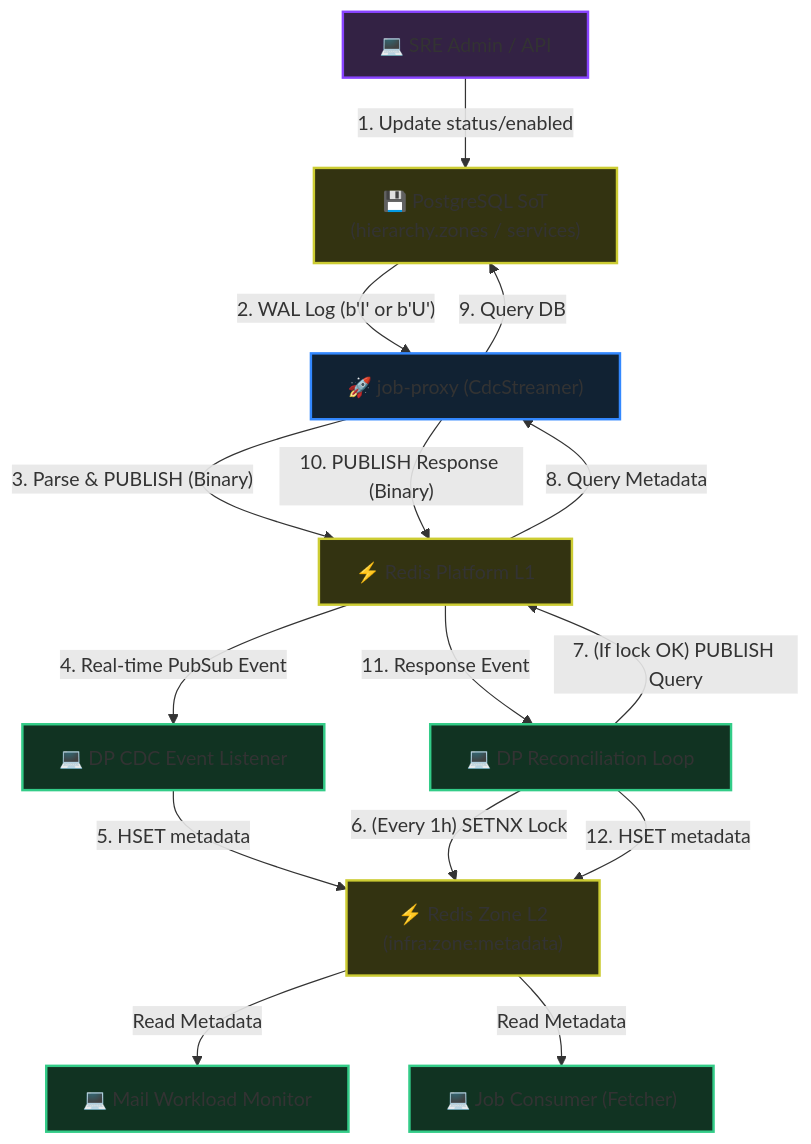
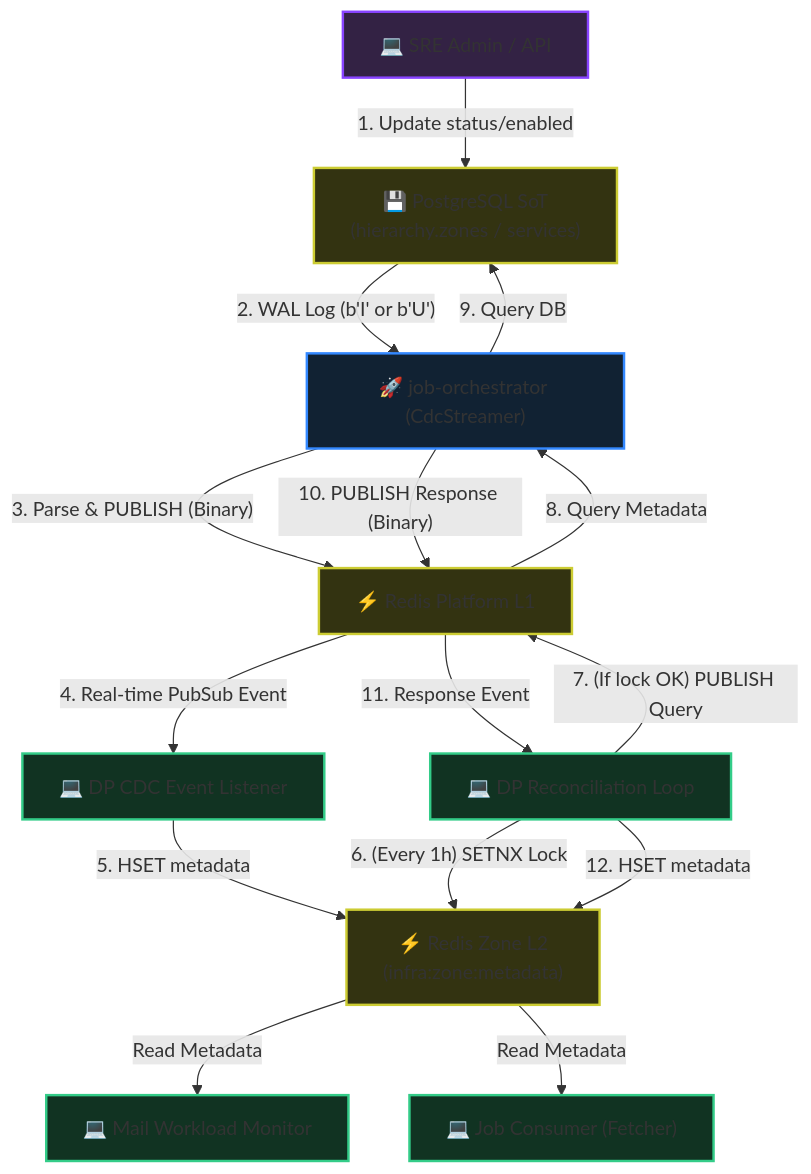
Before and after one commit to phucle996/aurora: the first of 2 diagrams in god_view/hierarchy/zone_metadata_sync_and_state_machine_god_view.md, drawn with Mermaid. The commit also changed other lines of this file and 36 other files, not shown here.

````diff
--- a/god_view/hierarchy/zone_metadata_sync_and_state_machine_god_view.md
+++ b/god_view/hierarchy/zone_metadata_sync_and_state_machine_god_view.md
@@ -19,34 +19,34 @@
 ```mermaid
 graph TD
     classDef client fill:#332244,stroke:#8844ff,stroke-width:2px;
     classDef storage fill:#333311,stroke:#cccc33,stroke-width:2px;
     classDef proxy fill:#112233,stroke:#3388ff,stroke-width:2px;
     classDef dataplane fill:#113322,stroke:#33cc88,stroke-width:2px;
 
     SRE["💻 SRE Admin / API"]:::client
     DB["💾 PostgreSQL SoT<br/>(hierarchy.zones / services)"]:::storage
-    JP["🚀 job-proxy (CdcStreamer)"]:::proxy
+    JP["🚀 job-orchestrator (CdcStreamer)"]:::proxy
     RedisL1["⚡ Redis Platform L1"]:::storage
     DP_Listener["💻 DP CDC Event Listener"]:::dataplane
     DP_Sync["💻 DP Reconciliation Loop"]:::dataplane
     RedisL2["⚡ Redis Zone L2<br/>(infra:zone:metadata)"]:::storage
     MailMonitor["💻 Mail Workload Monitor"]:::dataplane
     Consumer["💻 Job Consumer (Fetcher)"]:::dataplane
 
     SRE -- "1. Update status/enabled" --> DB
     DB -- "2. WAL Log (b'I' or b'U')" --> JP
     JP -- "3. Parse & PUBLISH (Binary)" --> RedisL1
     RedisL1 -- "4. Real-time PubSub Event" --> DP_Listener
     DP_Listener -- "5. HSET metadata" --> RedisL2
 
     DP_Sync -- "6. (Every 1h) SETNX Lock" --> RedisL2
     DP_Sync -- "7. (If lock OK) PUBLISH Query" --> RedisL1
     RedisL1 -- "8. Query Metadata" --> JP
     JP -- "9. Query DB" --> DB
     JP -- "10. PUBLISH Response (Binary)" --> RedisL1
     RedisL1 -- "11. Response Event" --> DP_Sync
     DP_Sync -- "12. HSET metadata" --> RedisL2
 
     RedisL2 -- "Read Metadata" --> MailMonitor
     RedisL2 -- "Read Metadata" --> Consumer
 ```
````
